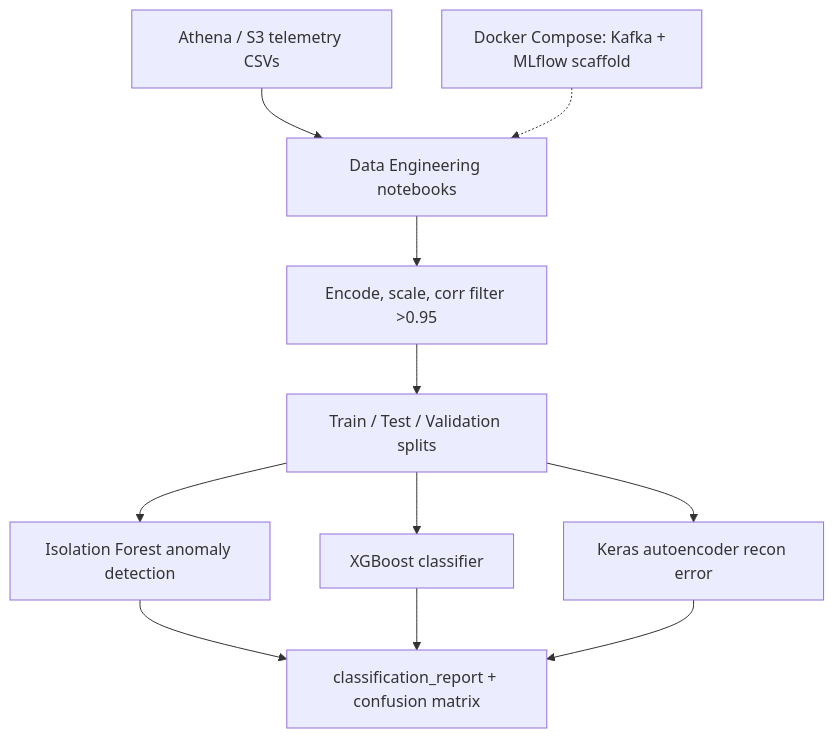
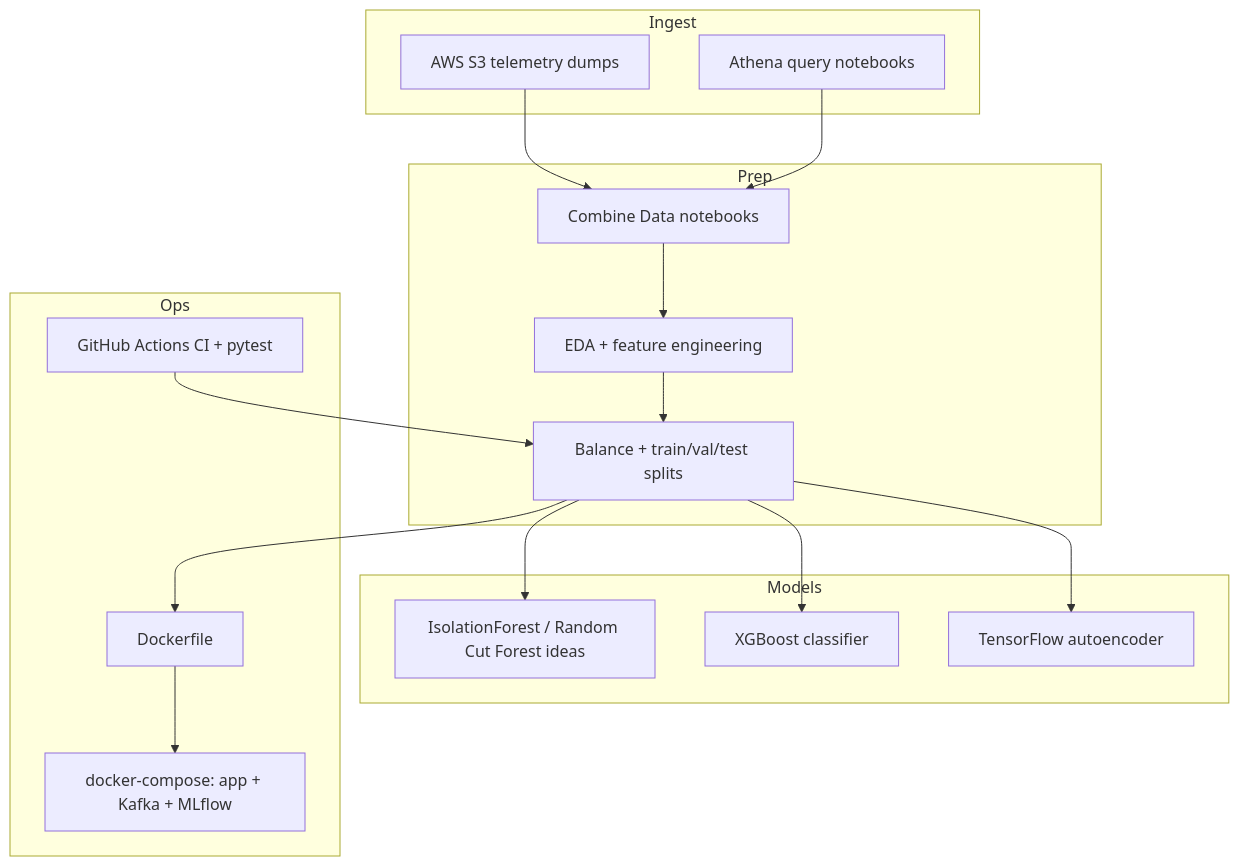
Before and after one commit to ArchanaChetan07/CyberSentinel-Security-Solutions: the second of 3 diagrams in README.md, drawn with Mermaid. The commit also changed other lines of this file, not shown here.

````diff
--- a/README.md
+++ b/README.md
@@ -36,13 +53,27 @@
 ```mermaid
 flowchart TB
-    ATH[Athena / S3 telemetry CSVs] --> ENG[Data Engineering notebooks]
-    ENG --> FE[Encode, scale, corr filter >0.95]
-    FE --> SPLIT[Train / Test / Validation splits]
-    SPLIT --> IF[Isolation Forest anomaly detection]
-    SPLIT --> XGB[XGBoost classifier]
-    SPLIT --> AE[Keras autoencoder recon error]
-    IF --> EVAL[classification_report + confusion matrix]
-    XGB --> EVAL
-    AE --> EVAL
-    DOCKER[Docker Compose: Kafka + MLflow scaffold] -.-> ENG
+  subgraph Ingest
+    S3[AWS S3 telemetry dumps]
+    ATH[Athena query notebooks]
+  end
+  subgraph Prep
+    COMB[Combine Data notebooks]
+    EXP[EDA + feature engineering]
+    SPLIT[Balance + train/val/test splits]
+  end
+  subgraph Models
+    IF[IsolationForest / Random Cut Forest ideas]
+    XGB[XGBoost classifier]
+    AE[TensorFlow autoencoder]
+  end
+  subgraph Ops
+    DOC[Dockerfile]
+    CMP[docker-compose: app + Kafka + MLflow]
+    CI[GitHub Actions CI + pytest]
+  end
+  S3 --> COMB
+  ATH --> COMB
+  COMB --> EXP --> SPLIT --> IF & XGB & AE
+  SPLIT --> DOC --> CMP
+  CI --> SPLIT
 ```
````
